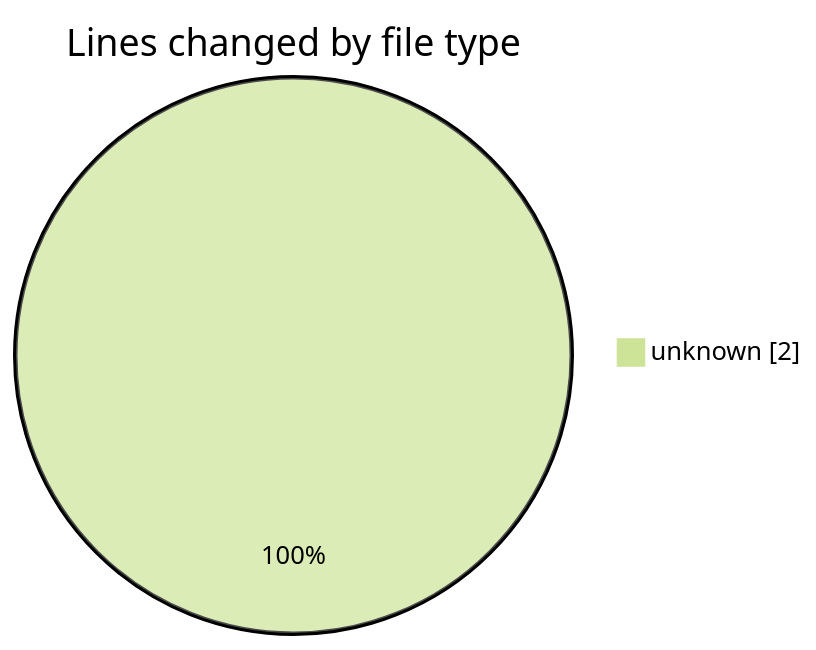
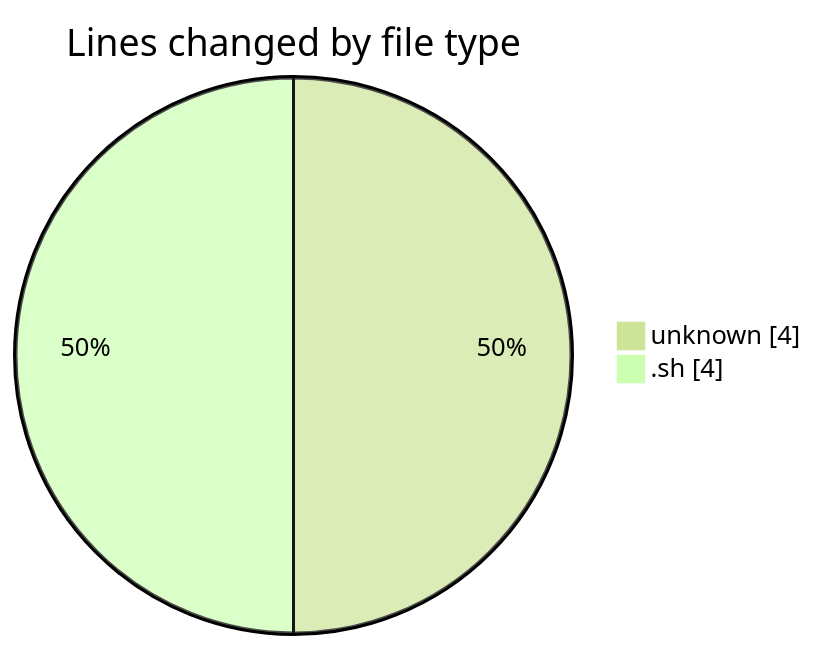
Before and after one commit to NitaiMahat/code-tracking: the first of 2 diagrams in 2025-07-24/pif/README.md, drawn with Mermaid (forest theme). The commit also changed other lines of this file and 1 other file, not shown here.

````diff
--- a/2025-07-24/pif/README.md
+++ b/2025-07-24/pif/README.md
@@ -21,5 +23,6 @@
 ```mermaid
 pie showData
 title Lines changed by file type
-"unknown" : 2
+"unknown" : 4
+".sh" : 4
 ```
````
